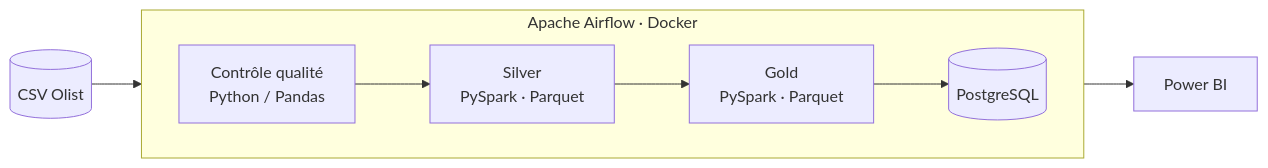
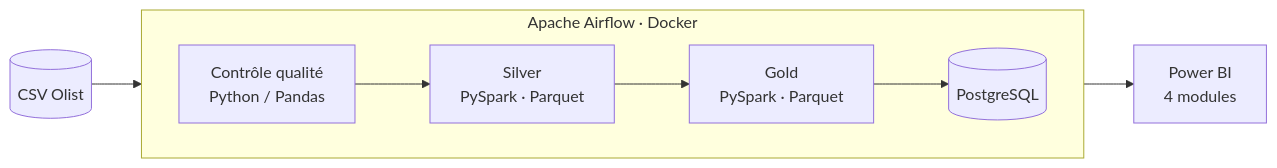
Before and after one commit to Fatima1234-cheg/omnidata-ecommerce-pipeline: the diagram in README.md, drawn with Mermaid. The commit also changed other lines of this file, not shown here.

Commit message:
docs: add professional README and Power BI dashboard screenshots

````diff
--- a/README.md
+++ b/README.md
@@ -69,16 +91,16 @@
 ```mermaid
 flowchart LR
     A[(CSV Olist)] --> B[Contrôle qualité<br/>Python / Pandas]
     B --> C[Silver<br/>PySpark · Parquet]
     C --> D[Gold<br/>PySpark · Parquet]
     D --> E[(PostgreSQL)]
-    E --> F[Power BI]
+    E --> F[Power BI<br/>4 modules]
 
     subgraph AF [Apache Airflow · Docker]
         direction LR
         B
         C
         D
         E
     end
 ```
````
